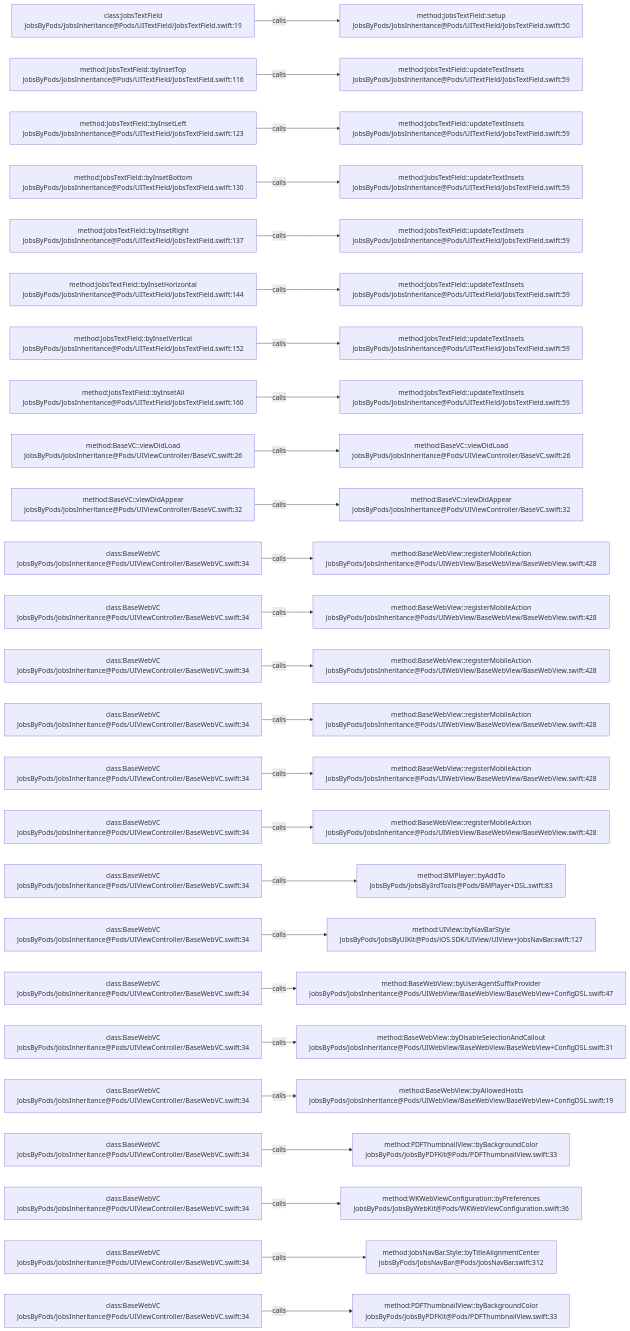
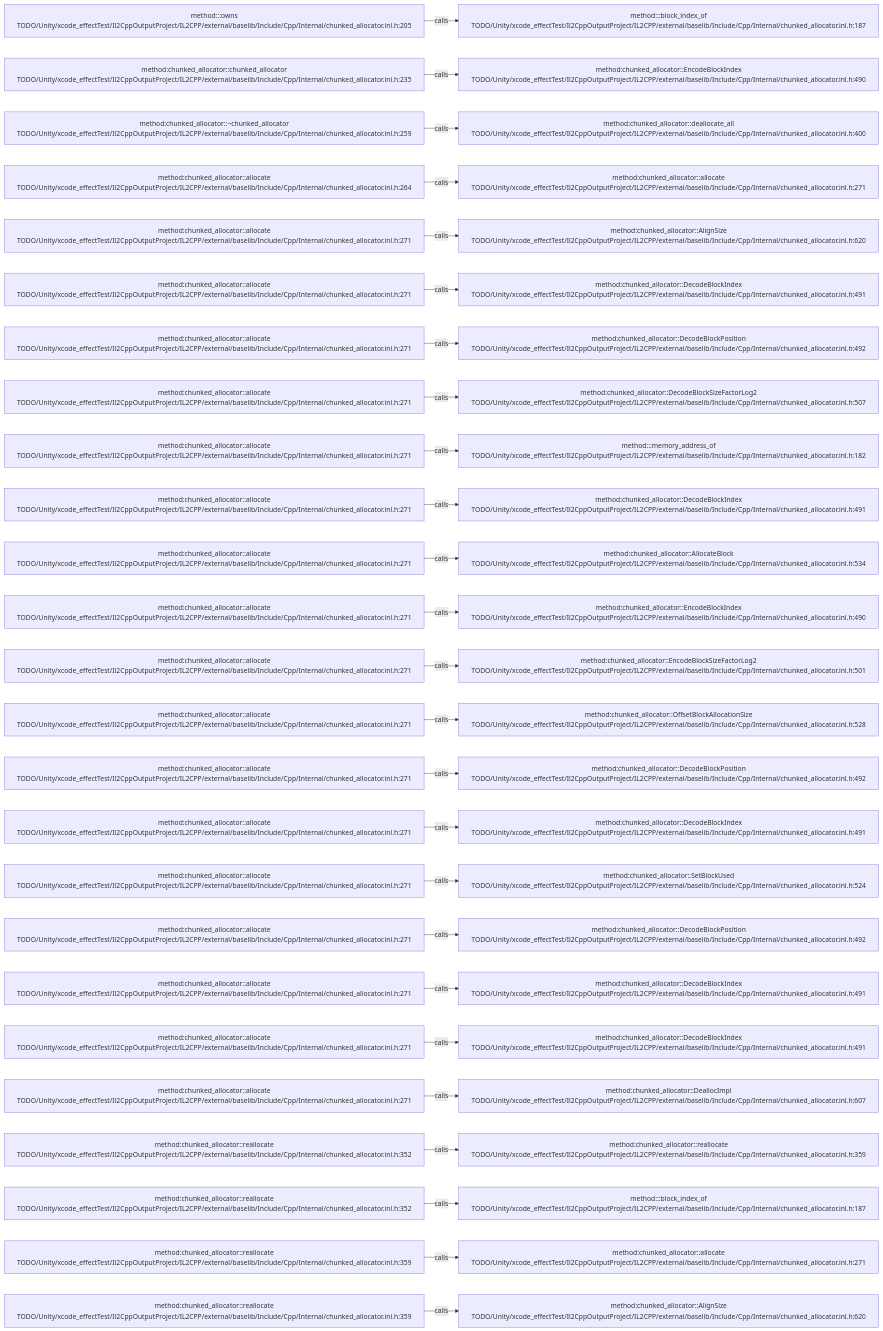
The diagram in .codegraph/codegraph.md/graphs/calls-130.md (JobsKits/JobsSwiftBaseConfigDemo), drawn with Mermaid before and after one commit. The commit also changed 569 other files, not shown here.

````diff
--- a/.codegraph/codegraph.md/graphs/calls-130.md
+++ b/.codegraph/codegraph.md/graphs/calls-130.md
@@ -13,78 +13,78 @@
 ```mermaid
 flowchart LR
-  S1["class:JobsTextField<br/>JobsByPods/JobsInheritance@Pods/UITextField/JobsTextField.swift:19"]
-  T1["method:JobsTextField::setup<br/>JobsByPods/JobsInheritance@Pods/UITextField/JobsTextField.swift:50"]
+  S1["method:<anonymous>::owns<br/>TODO/Unity/xcode_effectTest/Il2CppOutputProject/IL2CPP/external/baselib/Include/Cpp/Internal/chunked_allocator.inl.h:205"]
+  T1["method:<anonymous>::block_index_of<br/>TODO/Unity/xcode_effectTest/Il2CppOutputProject/IL2CPP/external/baselib/Include/Cpp/Internal/chunked_allocator.inl.h:187"]
   S1 -->|calls| T1
-  S2["method:JobsTextField::byInsetTop<br/>JobsByPods/JobsInheritance@Pods/UITextField/JobsTextField.swift:116"]
-  T2["method:JobsTextField::updateTextInsets<br/>JobsByPods/JobsInheritance@Pods/UITextField/JobsTextField.swift:59"]
+  S2["method:chunked_allocator::chunked_allocator<br/>TODO/Unity/xcode_effectTest/Il2CppOutputProject/IL2CPP/external/baselib/Include/Cpp/Internal/chunked_allocator.inl.h:235"]
+  T2["method:chunked_allocator::EncodeBlockIndex<br/>TODO/Unity/xcode_effectTest/Il2CppOutputProject/IL2CPP/external/baselib/Include/Cpp/Internal/chunked_allocator.inl.h:490"]
   S2 -->|calls| T2
-  S3["method:JobsTextField::byInsetLeft<br/>JobsByPods/JobsInheritance@Pods/UITextField/JobsTextField.swift:123"]
-  T3["method:JobsTextField::updateTextInsets<br/>JobsByPods/JobsInheritance@Pods/UITextField/JobsTextField.swift:59"]
+  S3["method:chunked_allocator::~chunked_allocator<br/>TODO/Unity/xcode_effectTest/Il2CppOutputProject/IL2CPP/external/baselib/Include/Cpp/Internal/chunked_allocator.inl.h:259"]
+  T3["method:chunked_allocator::deallocate_all<br/>TODO/Unity/xcode_effectTest/Il2CppOutputProject/IL2CPP/external/baselib/Include/Cpp/Internal/chunked_allocator.inl.h:400"]
   S3 -->|calls| T3
-  S4["method:JobsTextField::byInsetBottom<br/>JobsByPods/JobsInheritance@Pods/UITextField/JobsTextField.swift:130"]
-  T4["method:JobsTextField::updateTextInsets<br/>JobsByPods/JobsInheritance@Pods/UITextField/JobsTextField.swift:59"]
+  S4["method:chunked_allocator::allocate<br/>TODO/Unity/xcode_effectTest/Il2CppOutputProject/IL2CPP/external/baselib/Include/Cpp/Internal/chunked_allocator.inl.h:264"]
+  T4["method:chunked_allocator::allocate<br/>TODO/Unity/xcode_effectTest/Il2CppOutputProject/IL2CPP/external/baselib/Include/Cpp/Internal/chunked_allocator.inl.h:271"]
   S4 -->|calls| T4
-  S5["method:JobsTextField::byInsetRight<br/>JobsByPods/JobsInheritance@Pods/UITextField/JobsTextField.swift:137"]
-  T5["method:JobsTextField::updateTextInsets<br/>JobsByPods/JobsInheritance@Pods/UITextField/JobsTextField.swift:59"]
+  S5["method:chunked_allocator::allocate<br/>TODO/Unity/xcode_effectTest/Il2CppOutputProject/IL2CPP/external/baselib/Include/Cpp/Internal/chunked_allocator.inl.h:271"]
+  T5["method:chunked_allocator::AlignSize<br/>TODO/Unity/xcode_effectTest/Il2CppOutputProject/IL2CPP/external/baselib/Include/Cpp/Internal/chunked_allocator.inl.h:620"]
   S5 -->|calls| T5
-  S6["method:JobsTextField::byInsetHorizontal<br/>JobsByPods/JobsInheritance@Pods/UITextField/JobsTextField.swift:144"]
-  T6["method:JobsTextField::updateTextInsets<br/>JobsByPods/JobsInheritance@Pods/UITextField/JobsTextField.swift:59"]
+  S6["method:chunked_allocator::allocate<br/>TODO/Unity/xcode_effectTest/Il2CppOutputProject/IL2CPP/external/baselib/Include/Cpp/Internal/chunked_allocator.inl.h:271"]
+  T6["method:chunked_allocator::DecodeBlockIndex<br/>TODO/Unity/xcode_effectTest/Il2CppOutputProject/IL2CPP/external/baselib/Include/Cpp/Internal/chunked_allocator.inl.h:491"]
   S6 -->|calls| T6
-  S7["method:JobsTextField::byInsetVertical<br/>JobsByPods/JobsInheritance@Pods/UITextField/JobsTextField.swift:152"]
-  T7["method:JobsTextField::updateTextInsets<br/>JobsByPods/JobsInheritance@Pods/UITextField/JobsTextField.swift:59"]
+  S7["method:chunked_allocator::allocate<br/>TODO/Unity/xcode_effectTest/Il2CppOutputProject/IL2CPP/external/baselib/Include/Cpp/Internal/chunked_allocator.inl.h:271"]
+  T7["method:chunked_allocator::DecodeBlockPosition<br/>TODO/Unity/xcode_effectTest/Il2CppOutputProject/IL2CPP/external/baselib/Include/Cpp/Internal/chunked_allocator.inl.h:492"]
   S7 -->|calls| T7
-  S8["method:JobsTextField::byInsetAll<br/>JobsByPods/JobsInheritance@Pods/UITextField/JobsTextField.swift:160"]
-  T8["method:JobsTextField::updateTextInsets<br/>JobsByPods/JobsInheritance@Pods/UITextField/JobsTextField.swift:59"]
+  S8["method:chunked_allocator::allocate<br/>TODO/Unity/xcode_effectTest/Il2CppOutputProject/IL2CPP/external/baselib/Include/Cpp/Internal/chunked_allocator.inl.h:271"]
+  T8["method:chunked_allocator::DecodeBlockSizeFactorLog2<br/>TODO/Unity/xcode_effectTest/Il2CppOutputProject/IL2CPP/external/baselib/Include/Cpp/Internal/chunked_allocator.inl.h:507"]
   S8 -->|calls| T8
-  S9["method:BaseVC::viewDidLoad<br/>JobsByPods/JobsInheritance@Pods/UIViewController/BaseVC.swift:26"]
-  T9["method:BaseVC::viewDidLoad<br/>JobsByPods/JobsInheritance@Pods/UIViewController/BaseVC.swift:26"]
+  S9["method:chunked_allocator::allocate<br/>TODO/Unity/xcode_effectTest/Il2CppOutputProject/IL2CPP/external/baselib/Include/Cpp/Internal/chunked_allocator.inl.h:271"]
+  T9["method:<anonymous>::memory_address_of<br/>TODO/Unity/xcode_effectTest/Il2CppOutputProject/IL2CPP/external/baselib/Include/Cpp/Internal/chunked_allocator.inl.h:182"]
   S9 -->|calls| T9
-  S10["method:BaseVC::viewDidAppear<br/>JobsByPods/JobsInheritance@Pods/UIViewController/BaseVC.swift:32"]
-  T10["method:BaseVC::viewDidAppear<br/>JobsByPods/JobsInheritance@Pods/UIViewController/BaseVC.swift:32"]
+  S10["method:chunked_allocator::allocate<br/>TODO/Unity/xcode_effectTest/Il2CppOutputProject/IL2CPP/external/baselib/Include/Cpp/Internal/chunked_allocator.inl.h:271"]
+  T10["method:chunked_allocator::DecodeBlockIndex<br/>TODO/Unity/xcode_effectTest/Il2CppOutputProject/IL2CPP/external/baselib/Include/Cpp/Internal/chunked_allocator.inl.h:491"]
   S10 -->|calls| T10
-  S11["class:BaseWebVC<br/>JobsByPods/JobsInheritance@Pods/UIViewController/BaseWebVC.swift:34"]
-  T11["method:BaseWebView::registerMobileAction<br/>JobsByPods/JobsInheritance@Pods/UIWebView/BaseWebView/BaseWebView.swift:428"]
+  S11["method:chunked_allocator::allocate<br/>TODO/Unity/xcode_effectTest/Il2CppOutputProject/IL2CPP/external/baselib/Include/Cpp/Internal/chunked_allocator.inl.h:271"]
+  T11["method:chunked_allocator::AllocateBlock<br/>TODO/Unity/xcode_effectTest/Il2CppOutputProject/IL2CPP/external/baselib/Include/Cpp/Internal/chunked_allocator.inl.h:534"]
   S11 -->|calls| T11
-  S12["class:BaseWebVC<br/>JobsByPods/JobsInheritance@Pods/UIViewController/BaseWebVC.swift:34"]
-  T12["method:BaseWebView::registerMobileAction<br/>JobsByPods/JobsInheritance@Pods/UIWebView/BaseWebView/BaseWebView.swift:428"]
+  S12["method:chunked_allocator::allocate<br/>TODO/Unity/xcode_effectTest/Il2CppOutputProject/IL2CPP/external/baselib/Include/Cpp/Internal/chunked_allocator.inl.h:271"]
+  T12["method:chunked_allocator::EncodeBlockIndex<br/>TODO/Unity/xcode_effectTest/Il2CppOutputProject/IL2CPP/external/baselib/Include/Cpp/Internal/chunked_allocator.inl.h:490"]
   S12 -->|calls| T12
-  S13["class:BaseWebVC<br/>JobsByPods/JobsInheritance@Pods/UIViewController/BaseWebVC.swift:34"]
-  T13["method:BaseWebView::registerMobileAction<br/>JobsByPods/JobsInheritance@Pods/UIWebView/BaseWebView/BaseWebView.swift:428"]
+  S13["method:chunked_allocator::allocate<br/>TODO/Unity/xcode_effectTest/Il2CppOutputProject/IL2CPP/external/baselib/Include/Cpp/Internal/chunked_allocator.inl.h:271"]
+  T13["method:chunked_allocator::EncodeBlockSizeFactorLog2<br/>TODO/Unity/xcode_effectTest/Il2CppOutputProject/IL2CPP/external/baselib/Include/Cpp/Internal/chunked_allocator.inl.h:501"]
   S13 -->|calls| T13
-  S14["class:BaseWebVC<br/>JobsByPods/JobsInheritance@Pods/UIViewController/BaseWebVC.swift:34"]
-  T14["method:BaseWebView::registerMobileAction<br/>JobsByPods/JobsInheritance@Pods/UIWebView/BaseWebView/BaseWebView.swift:428"]
+  S14["method:chunked_allocator::allocate<br/>TODO/Unity/xcode_effectTest/Il2CppOutputProject/IL2CPP/external/baselib/Include/Cpp/Internal/chunked_allocator.inl.h:271"]
+  T14["method:chunked_allocator::OffsetBlockAllocationSize<br/>TODO/Unity/xcode_effectTest/Il2CppOutputProject/IL2CPP/external/baselib/Include/Cpp/Internal/chunked_allocator.inl.h:528"]
   S14 -->|calls| T14
-  S15["class:BaseWebVC<br/>JobsByPods/JobsInheritance@Pods/UIViewController/BaseWebVC.swift:34"]
-  T15["method:BaseWebView::registerMobileAction<br/>JobsByPods/JobsInheritance@Pods/UIWebView/BaseWebView/BaseWebView.swift:428"]
+  S15["method:chunked_allocator::allocate<br/>TODO/Unity/xcode_effectTest/Il2CppOutputProject/IL2CPP/external/baselib/Include/Cpp/Internal/chunked_allocator.inl.h:271"]
+  T15["method:chunked_allocator::DecodeBlockPosition<br/>TODO/Unity/xcode_effectTest/Il2CppOutputProject/IL2CPP/external/baselib/Include/Cpp/Internal/chunked_allocator.inl.h:492"]
   S15 -->|calls| T15
-  S16["class:BaseWebVC<br/>JobsByPods/JobsInheritance@Pods/UIViewController/BaseWebVC.swift:34"]
-  T16["method:BaseWebView::registerMobileAction<br/>JobsByPods/JobsInheritance@Pods/UIWebView/BaseWebView/BaseWebView.swift:428"]
+  S16["method:chunked_allocator::allocate<br/>TODO/Unity/xcode_effectTest/Il2CppOutputProject/IL2CPP/external/baselib/Include/Cpp/Internal/chunked_allocator.inl.h:271"]
+  T16["method:chunked_allocator::DecodeBlockIndex<br/>TODO/Unity/xcode_effectTest/Il2CppOutputProject/IL2CPP/external/baselib/Include/Cpp/Internal/chunked_allocator.inl.h:491"]
   S16 -->|calls| T16
-  S17["class:BaseWebVC<br/>JobsByPods/JobsInheritance@Pods/UIViewController/BaseWebVC.swift:34"]
-  T17["method:BMPlayer::byAddTo<br/>JobsByPods/JobsBy3rdTools@Pods/BMPlayer+DSL.swift:83"]
+  S17["method:chunked_allocator::allocate<br/>TODO/Unity/xcode_effectTest/Il2CppOutputProject/IL2CPP/external/baselib/Include/Cpp/Internal/chunked_allocator.inl.h:271"]
+  T17["method:chunked_allocator::SetBlockUsed<br/>TODO/Unity/xcode_effectTest/Il2CppOutputProject/IL2CPP/external/baselib/Include/Cpp/Internal/chunked_allocator.inl.h:524"]
   S17 -->|calls| T17
-  S18["class:BaseWebVC<br/>JobsByPods/JobsInheritance@Pods/UIViewController/BaseWebVC.swift:34"]
-  T18["method:UIView::byNavBarStyle<br/>JobsByPods/JobsByUIKit@Pods/iOS.SDK/UIView/UIView+JobsNavBar.swift:127"]
+  S18["method:chunked_allocator::allocate<br/>TODO/Unity/xcode_effectTest/Il2CppOutputProject/IL2CPP/external/baselib/Include/Cpp/Internal/chunked_allocator.inl.h:271"]
+  T18["method:chunked_allocator::DecodeBlockPosition<br/>TODO/Unity/xcode_effectTest/Il2CppOutputProject/IL2CPP/external/baselib/Include/Cpp/Internal/chunked_allocator.inl.h:492"]
   S18 -->|calls| T18
-  S19["class:BaseWebVC<br/>JobsByPods/JobsInheritance@Pods/UIViewController/BaseWebVC.swift:34"]
-  T19["method:BaseWebView::byUserAgentSuffixProvider<br/>JobsByPods/JobsInheritance@Pods/UIWebView/BaseWebView/BaseWebView+ConfigDSL.swift:47"]
+  S19["method:chunked_allocator::allocate<br/>TODO/Unity/xcode_effectTest/Il2CppOutputProject/IL2CPP/external/baselib/Include/Cpp/Internal/chunked_allocator.inl.h:271"]
+  T19["method:chunked_allocator::DecodeBlockIndex<br/>TODO/Unity/xcode_effectTest/Il2CppOutputProject/IL2CPP/external/baselib/Include/Cpp/Internal/chunked_allocator.inl.h:491"]
   S19 -->|calls| T19
-  S20["class:BaseWebVC<br/>JobsByPods/JobsInheritance@Pods/UIViewController/BaseWebVC.swift:34"]
-  T20["method:BaseWebView::byDisableSelectionAndCallout<br/>JobsByPods/JobsInheritance@Pods/UIWebView/BaseWebView/BaseWebView+ConfigDSL.swift:31"]
+  S20["method:chunked_allocator::allocate<br/>TODO/Unity/xcode_effectTest/Il2CppOutputProject/IL2CPP/external/baselib/Include/Cpp/Internal/chunked_allocator.inl.h:271"]
+  T20["method:chunked_allocator::DecodeBlockIndex<br/>TODO/Unity/xcode_effectTest/Il2CppOutputProject/IL2CPP/external/baselib/Include/Cpp/Internal/chunked_allocator.inl.h:491"]
   S20 -->|calls| T20
-  S21["class:BaseWebVC<br/>JobsByPods/JobsInheritance@Pods/UIViewController/BaseWebVC.swift:34"]
-  T21["method:BaseWebView::byAllowedHosts<br/>JobsByPods/JobsInheritance@Pods/UIWebView/BaseWebView/BaseWebView+ConfigDSL.swift:19"]
+  S21["method:chunked_allocator::allocate<br/>TODO/Unity/xcode_effectTest/Il2CppOutputProject/IL2CPP/external/baselib/Include/Cpp/Internal/chunked_allocator.inl.h:271"]
+  T21["method:chunked_allocator::DeallocImpl<br/>TODO/Unity/xcode_effectTest/Il2CppOutputProject/IL2CPP/external/baselib/Include/Cpp/Internal/chunked_allocator.inl.h:607"]
   S21 -->|calls| T21
-  S22["class:BaseWebVC<br/>JobsByPods/JobsInheritance@Pods/UIViewController/BaseWebVC.swift:34"]
-  T22["method:PDFThumbnailView::byBackgroundColor<br/>JobsByPods/JobsByPDFKit@Pods/PDFThumbnailView.swift:33"]
+  S22["method:chunked_allocator::reallocate<br/>TODO/Unity/xcode_effectTest/Il2CppOutputProject/IL2CPP/external/baselib/Include/Cpp/Internal/chunked_allocator.inl.h:352"]
+  T22["method:chunked_allocator::reallocate<br/>TODO/Unity/xcode_effectTest/Il2CppOutputProject/IL2CPP/external/baselib/Include/Cpp/Internal/chunked_allocator.inl.h:359"]
   S22 -->|calls| T22
-  S23["class:BaseWebVC<br/>JobsByPods/JobsInheritance@Pods/UIViewController/BaseWebVC.swift:34"]
-  T23["method:WKWebViewConfiguration::byPreferences<br/>JobsByPods/JobsByWebKit@Pods/WKWebViewConfiguration.swift:36"]
+  S23["method:chunked_allocator::reallocate<br/>TODO/Unity/xcode_effectTest/Il2CppOutputProject/IL2CPP/external/baselib/Include/Cpp/Internal/chunked_allocator.inl.h:352"]
+  T23["method:<anonymous>::block_index_of<br/>TODO/Unity/xcode_effectTest/Il2CppOutputProject/IL2CPP/external/baselib/Include/Cpp/Internal/chunked_allocator.inl.h:187"]
   S23 -->|calls| T23
-  S24["class:BaseWebVC<br/>JobsByPods/JobsInheritance@Pods/UIViewController/BaseWebVC.swift:34"]
-  T24["method:JobsNavBar.Style::byTitleAlignmentCenter<br/>JobsByPods/JobsNavBar@Pods/JobsNavBar.swift:312"]
+  S24["method:chunked_allocator::reallocate<br/>TODO/Unity/xcode_effectTest/Il2CppOutputProject/IL2CPP/external/baselib/Include/Cpp/Internal/chunked_allocator.inl.h:359"]
+  T24["method:chunked_allocator::allocate<br/>TODO/Unity/xcode_effectTest/Il2CppOutputProject/IL2CPP/external/baselib/Include/Cpp/Internal/chunked_allocator.inl.h:271"]
   S24 -->|calls| T24
-  S25["class:BaseWebVC<br/>JobsByPods/JobsInheritance@Pods/UIViewController/BaseWebVC.swift:34"]
-  T25["method:PDFThumbnailView::byBackgroundColor<br/>JobsByPods/JobsByPDFKit@Pods/PDFThumbnailView.swift:33"]
+  S25["method:chunked_allocator::reallocate<br/>TODO/Unity/xcode_effectTest/Il2CppOutputProject/IL2CPP/external/baselib/Include/Cpp/Internal/chunked_allocator.inl.h:359"]
+  T25["method:chunked_allocator::AlignSize<br/>TODO/Unity/xcode_effectTest/Il2CppOutputProject/IL2CPP/external/baselib/Include/Cpp/Internal/chunked_allocator.inl.h:620"]
   S25 -->|calls| T25
 ```
````
